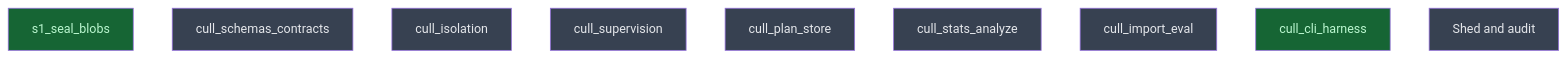
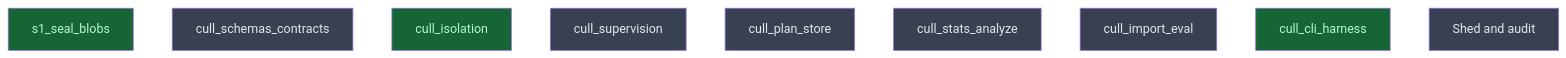
The diagram in __roadmap__/diet/README.md (CrackingShells/Candler), drawn with Mermaid before and after one commit. The commit also changed other lines of this file, not shown here.

Commit message:
rdm(api): mark cull_isolation done

````diff
--- a/__roadmap__/diet/README.md
+++ b/__roadmap__/diet/README.md
@@ -21,17 +21,17 @@
 ```mermaid
 graph TD
     s1_seal_blobs[s1_seal_blobs]:::done
     cull_schemas_contracts[cull_schemas_contracts]:::planned
-    cull_isolation[cull_isolation]:::planned
+    cull_isolation[cull_isolation]:::done
     cull_supervision[cull_supervision]:::planned
     cull_plan_store[cull_plan_store]:::planned
     cull_stats_analyze[cull_stats_analyze]:::planned
     cull_import_eval[cull_import_eval]:::planned
     cull_cli_harness[cull_cli_harness]:::done
     shed[Shed and audit]:::planned
     classDef done       fill:#166534,color:#bbf7d0
     classDef inprogress fill:#854d0e,color:#fef08a
     classDef planned    fill:#374151,color:#e5e7eb
     classDef amendment  fill:#1e3a5f,color:#bfdbfe
     classDef blocked    fill:#7f1d1d,color:#fecaca
 ```
````
